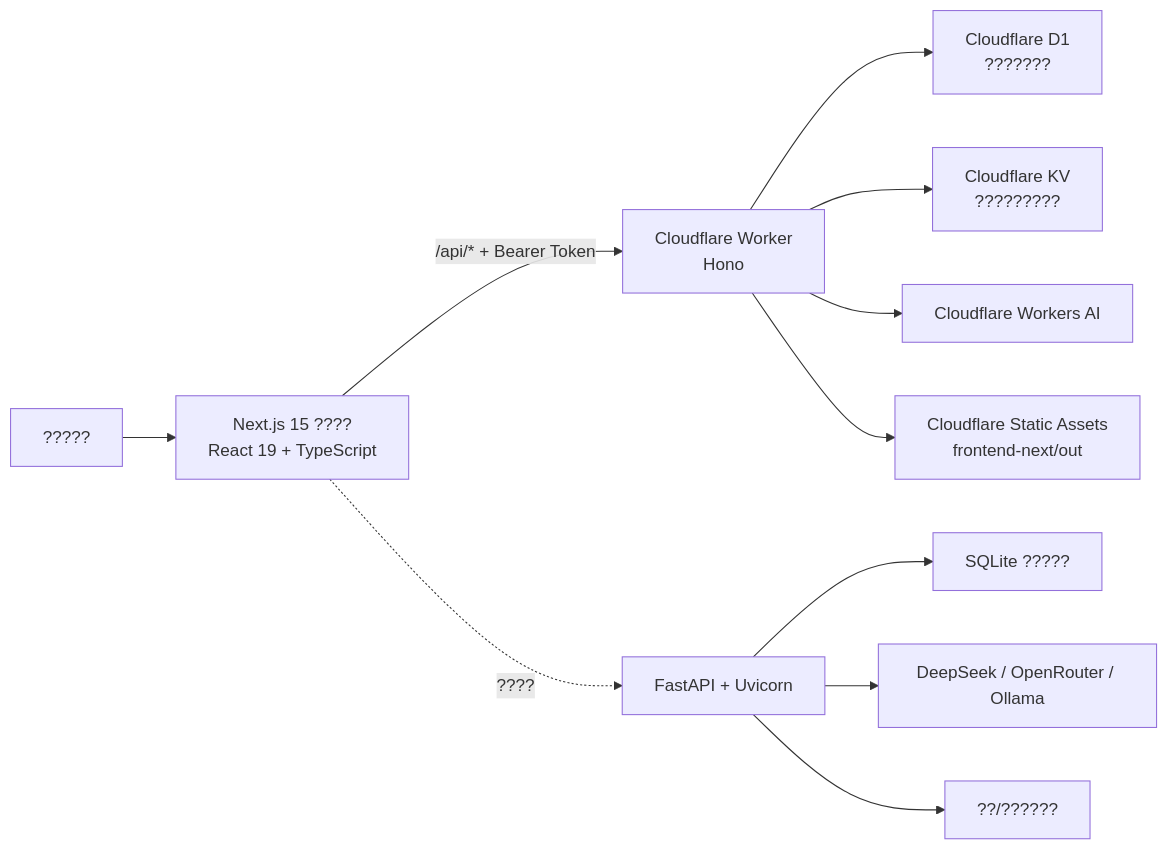
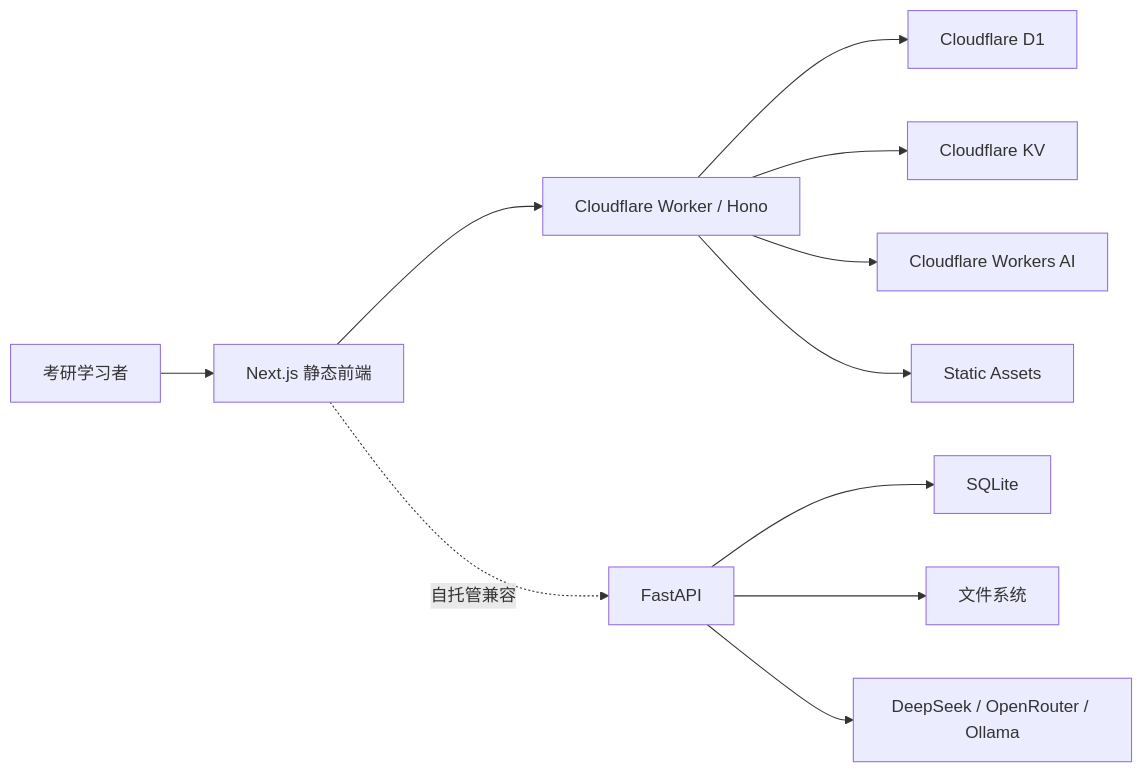
One commit to renjl130/ai-graduate-exam-os changed the diagram in docs/ARCHITECTURE.md. Above: the diagram before and after it, drawn with Mermaid. The commit also changed other lines of this file and 7 other files, not shown here.

````diff
--- a/docs/ARCHITECTURE.md
+++ b/docs/ARCHITECTURE.md
@@ -8,14 +7,14 @@
 ```mermaid
 flowchart LR
-  U["?????"] --> FE["Next.js 15 ????\nReact 19 + TypeScript"]
-  FE -->|"/api/* + Bearer Token"| CF["Cloudflare Worker\nHono"]
-  CF --> D1["Cloudflare D1\n???????"]
-  CF --> KV["Cloudflare KV\n?????????"]
+  U["考研学习者"] --> FE["Next.js 静态前端"]
+  FE --> CF["Cloudflare Worker / Hono"]
+  CF --> D1["Cloudflare D1"]
+  CF --> KV["Cloudflare KV"]
   CF --> AI["Cloudflare Workers AI"]
-  CF --> ASSETS["Cloudflare Static Assets\nfrontend-next/out"]
+  CF --> ASSETS["Static Assets"]
 
-  FE -. "????" .-> PY["FastAPI + Uvicorn"]
-  PY --> SQLITE["SQLite ?????"]
+  FE -. "自托管兼容" .-> PY["FastAPI"]
+  PY --> SQLITE["SQLite"]
+  PY --> FS["文件系统"]
   PY --> PROVIDERS["DeepSeek / OpenRouter / Ollama"]
-  PY --> FS["??/??????"]
 ```
````
